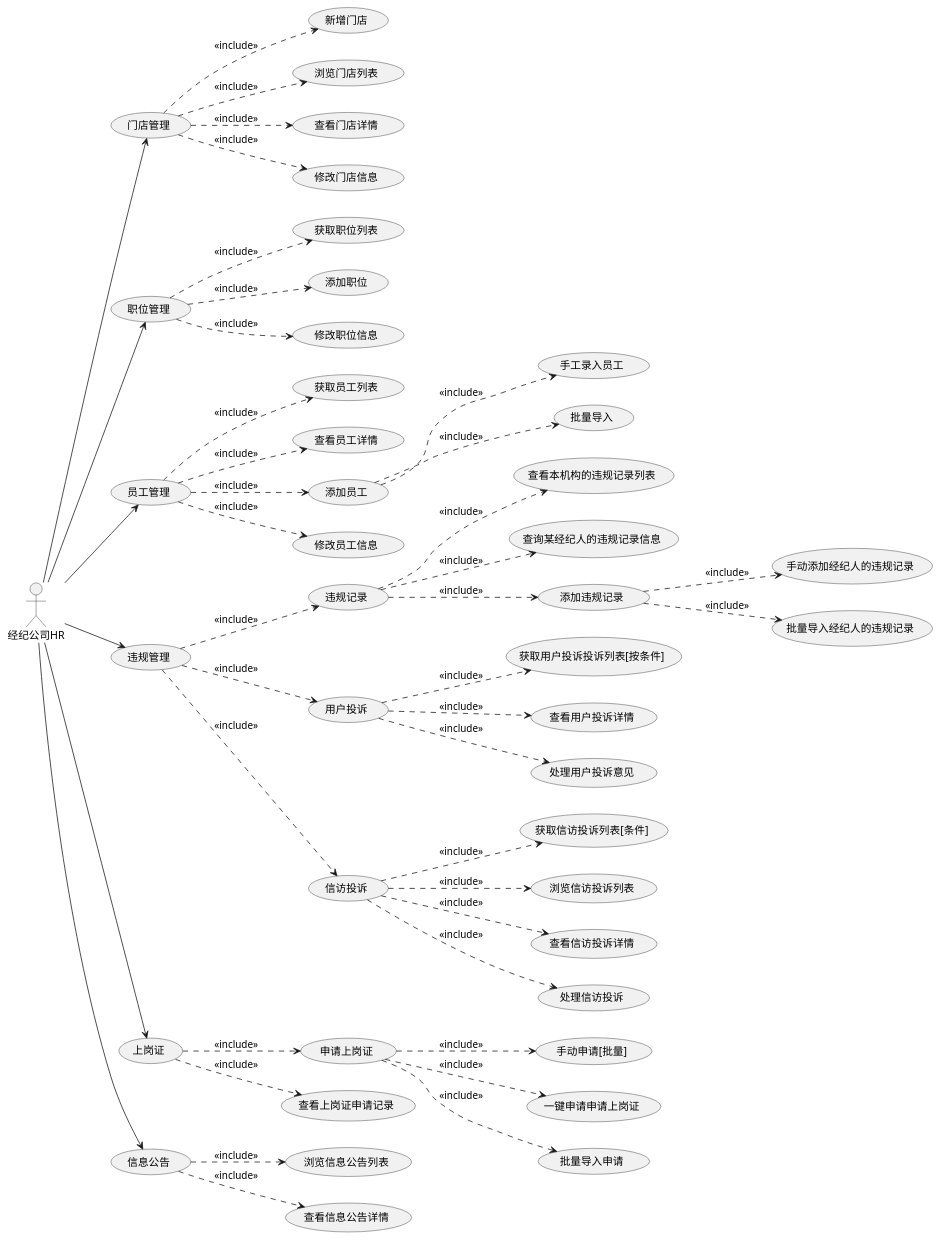
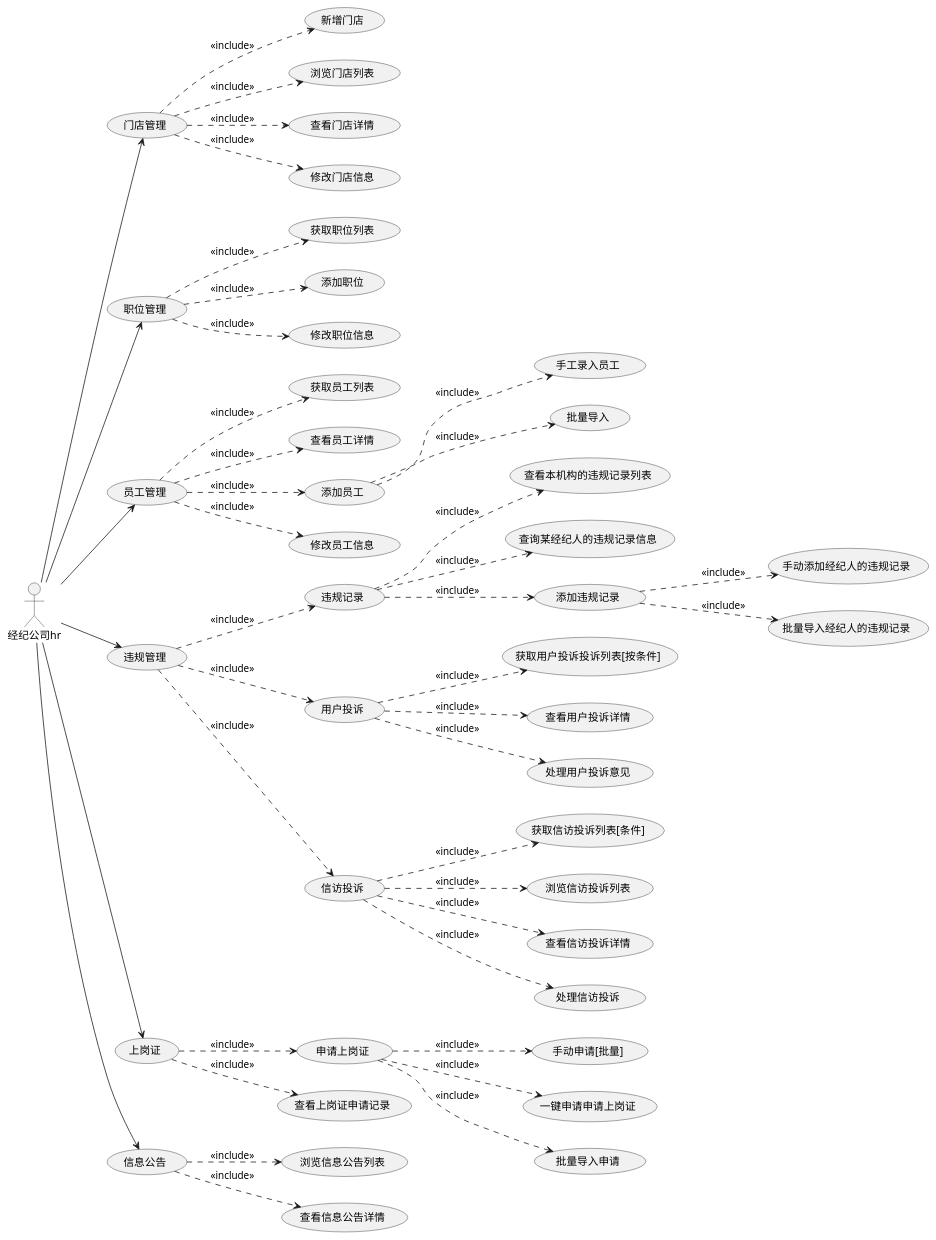
One commit to evildoerX/hyperledger-credit changed the seventh of 12 diagrams in docs/credit/README.md. Above: the diagram before and after it, drawn with PlantUML. The commit also changed other lines of this file, not shown here.

```diff
--- a/docs/credit/README.md
+++ b/docs/credit/README.md
@@ -284,44 +284,44 @@
 @startuml
 left to right direction
-经纪公司HR --> (门店管理)
+经纪公司hr --> (门店管理)
 (门店管理) ..> (新增门店): <<include>>
 (门店管理) ..> (浏览门店列表): <<include>>
 (门店管理) ..> (查看门店详情): <<include>>
 (门店管理) ..> (修改门店信息): <<include>>
-经纪公司HR --> (职位管理)
+经纪公司hr --> (职位管理)
 (职位管理) ..> (获取职位列表): <<include>>
 (职位管理) ..> (添加职位): <<include>>
 (职位管理) ..> (修改职位信息): <<include>>
-经纪公司HR --> (员工管理)
+经纪公司hr --> (员工管理)
 (员工管理) ..> (获取员工列表): <<include>>
 (员工管理) ..> (查看员工详情): <<include>>
 (员工管理) ..> (添加员工): <<include>>
 (添加员工) ..> (手工录入员工): <<include>>
 (添加员工) ..> (批量导入): <<include>>
 (员工管理) ..> (修改员工信息): <<include>>
-经纪公司HR --> (违规管理)
+经纪公司hr --> (违规管理)
 (违规管理) ..> (违规记录): <<include>>
 (违规记录) ..> (查看本机构的违规记录列表): <<include>>
 (违规记录) ..> (查询某经纪人的违规记录信息): <<include>>
 (违规记录) ..> (添加违规记录): <<include>>
 (添加违规记录) ..> (手动添加经纪人的违规记录): <<include>>
 (添加违规记录) ..> (批量导入经纪人的违规记录): <<include>>
 (违规管理) ..> (用户投诉): <<include>>
 (用户投诉) ..> (获取用户投诉投诉列表[按条件]): <<include>>
 (用户投诉) ..> (查看用户投诉详情): <<include>>
 (用户投诉) ..> (处理用户投诉意见): <<include>>
 (违规管理) ..> (信访投诉): <<include>>
 (信访投诉) ..> (获取信访投诉列表[条件]): <<include>>
 (信访投诉) ..> (浏览信访投诉列表): <<include>>
 (信访投诉) ..> (查看信访投诉详情): <<include>>
 (信访投诉) ..> (处理信访投诉): <<include>>
-经纪公司HR --> (上岗证)
+经纪公司hr --> (上岗证)
 (上岗证) ..> (申请上岗证): <<include>>
 (申请上岗证) ..> (手动申请[批量]): <<include>>
 (申请上岗证) ..> (一键申请申请上岗证): <<include>>
 (申请上岗证) ..> (批量导入申请): <<include>>
 (上岗证) ..> (查看上岗证申请记录): <<include>>
-经纪公司HR --> (信息公告)
+经纪公司hr --> (信息公告)
 (信息公告) ..> (浏览信息公告列表): <<include>>
 (信息公告) ..> (查看信息公告详情): <<include>>
 @enduml
```
